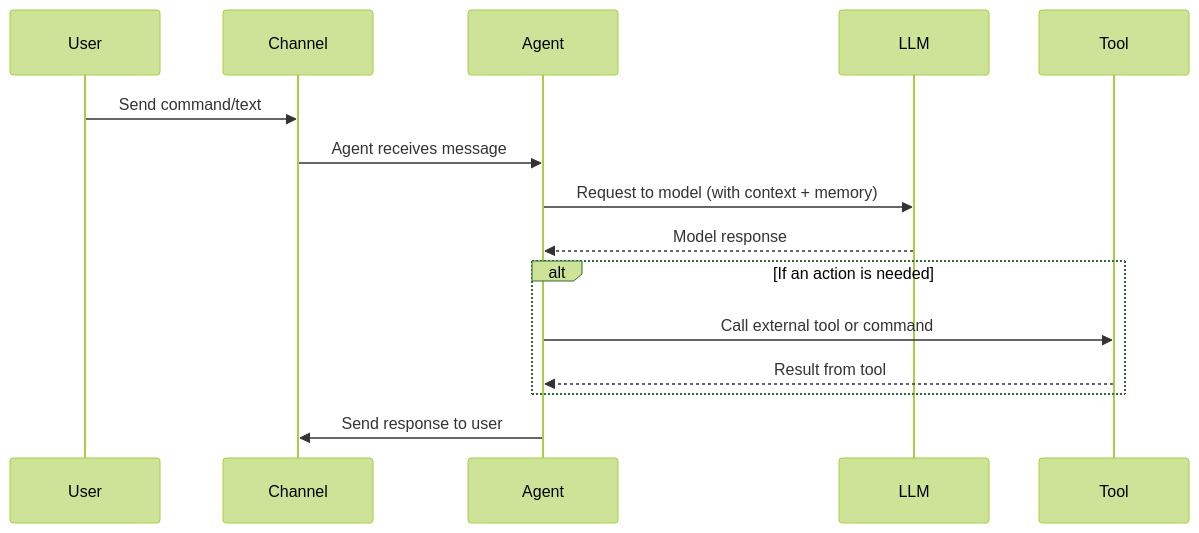
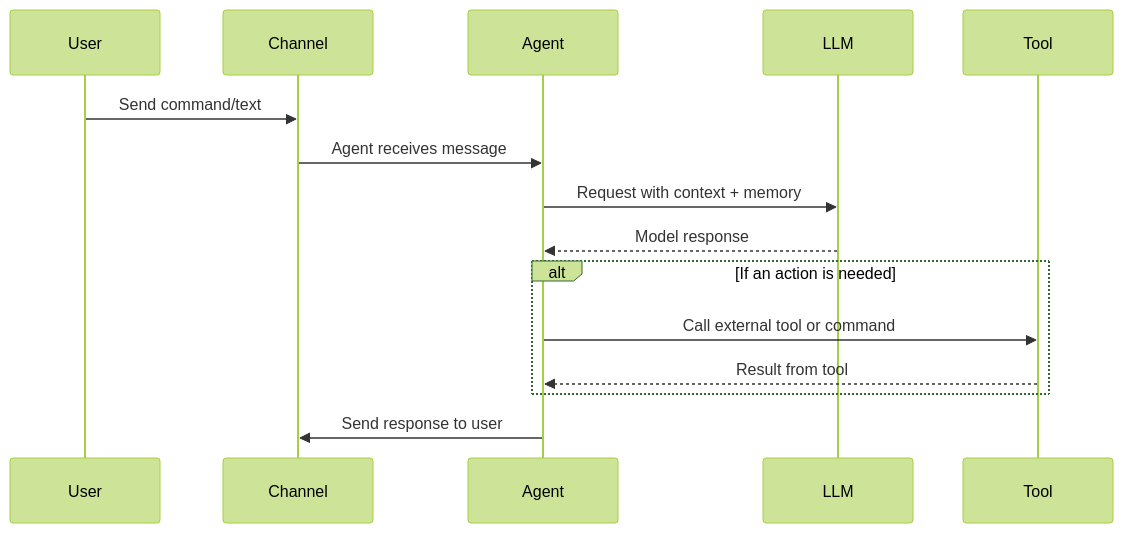
The second of 2 diagrams in blog/ai_assitants_explained.md (hermes-speedboat/wikijs.bitbull), drawn with Mermaid (forest theme) before and after one commit. The commit also changed other lines of this file, not shown here.

````diff
--- a/blog/ai_assitants_explained.md
+++ b/blog/ai_assitants_explained.md
@@ -47,17 +59,17 @@
 ```mermaid
 sequenceDiagram
   participant User
   participant Channel
   participant Agent
   participant LLM
   participant Tool
   User->>Channel: Send command/text
   Channel->>Agent: Agent receives message
-  Agent->>LLM: Request to model (with context + memory)
+  Agent->>LLM: Request with context + memory
   LLM-->>Agent: Model response
   alt If an action is needed
     Agent->>Tool: Call external tool or command
     Tool-->>Agent: Result from tool
   end
   Agent->>Channel: Send response to user
 ```
````
